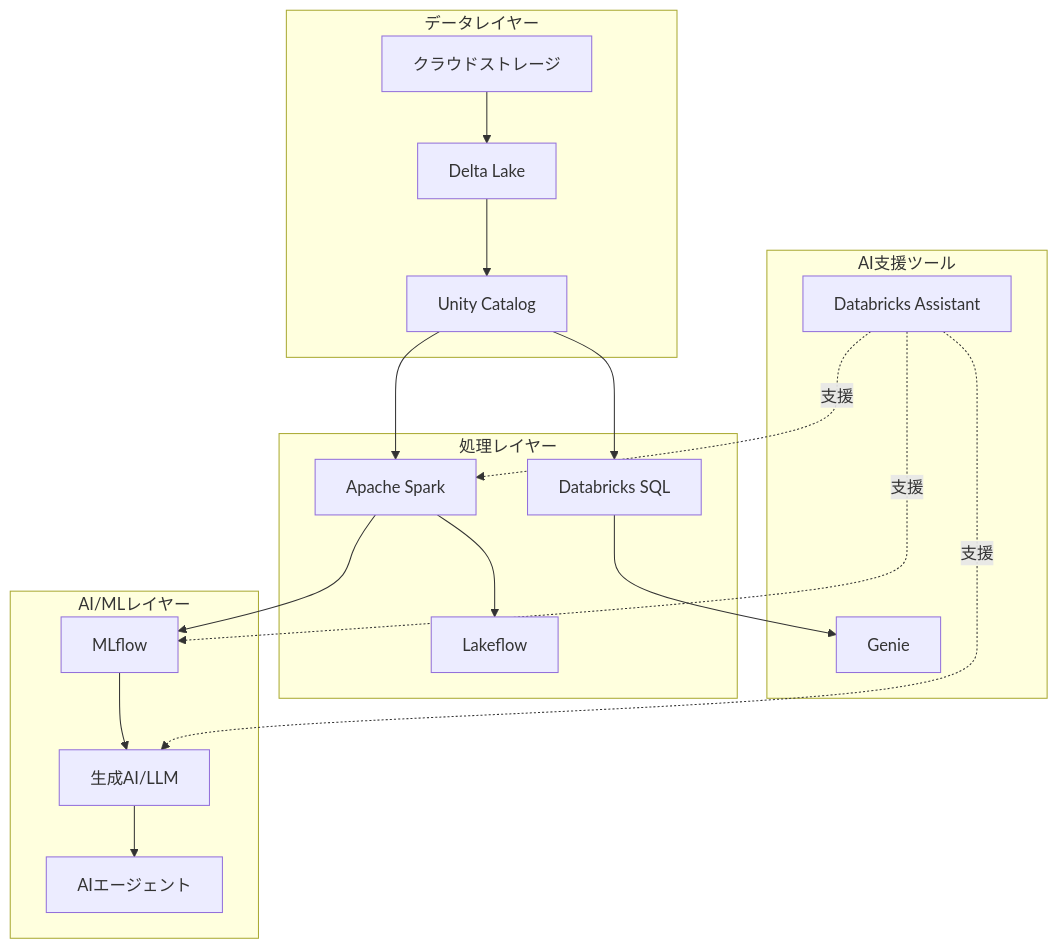
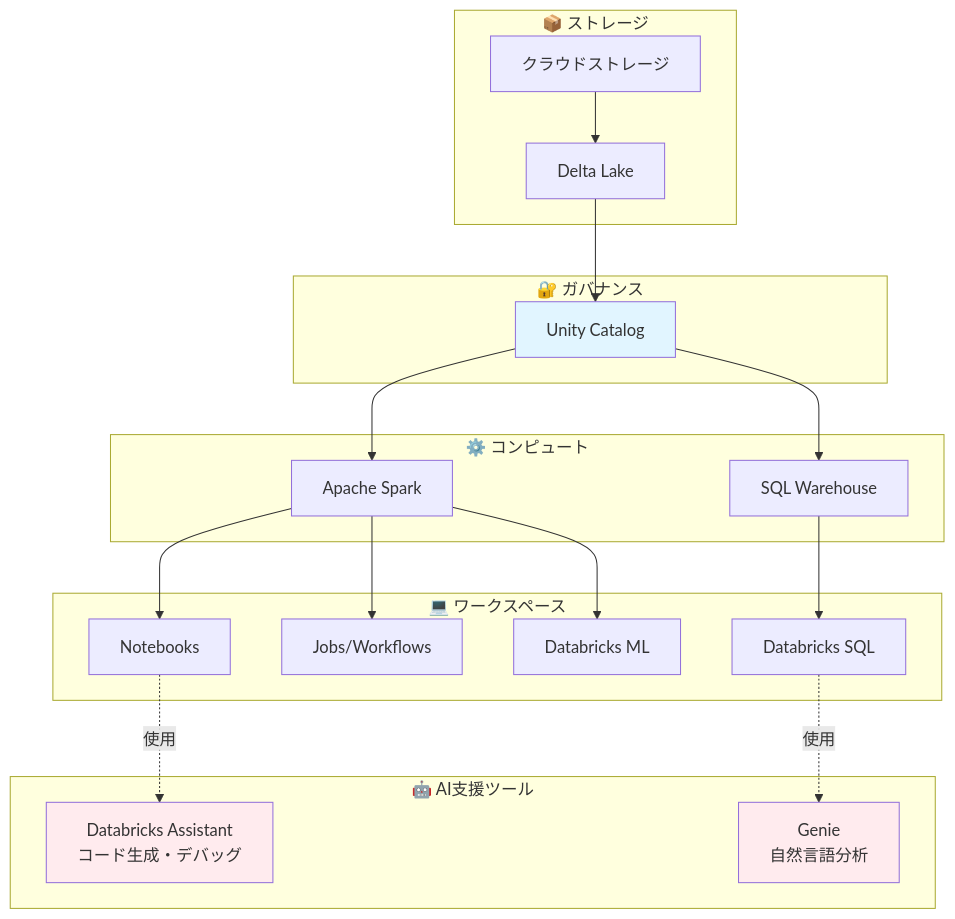
Before and after one commit to taka-yayoi/qiita-articles: the second of 14 diagrams in public/databricks-beginner-learning-path.md, drawn with Mermaid. The commit also changed other lines of this file, not shown here.

First line of the commit message:
Databricksアーキテクチャ図を修正し、Qiitaサムネイル表示を有効化

````diff
--- a/public/databricks-beginner-learning-path.md
+++ b/public/databricks-beginner-learning-path.md
@@ -56,39 +56,44 @@
 ```mermaid
 graph TB
-    subgraph "データレイヤー"
+    subgraph Storage["📦 ストレージ"]
         S3[クラウドストレージ]
-        DL[Delta Lake]
+        Delta[Delta Lake]
+    end
+
+    subgraph Governance["🔐 ガバナンス"]
         UC[Unity Catalog]
     end
 
-    subgraph "処理レイヤー"
+    subgraph Compute["⚙️ コンピュート"]
         Spark[Apache Spark]
-        SQL[Databricks SQL]
-        LF[Lakeflow]
+        SQLWh[SQL Warehouse]
     end
 
-    subgraph "AI/MLレイヤー"
-        MLflow[MLflow]
-        GenAI[生成AI/LLM]
-        Agent[AIエージェント]
+    subgraph Workspace["💻 ワークスペース"]
+        NB[Notebooks]
+        Jobs[Jobs/Workflows]
+        DBSQL[Databricks SQL]
+        ML[Databricks ML]
     end
 
-    subgraph "AI支援ツール"
-        Assistant[Databricks Assistant]
-        Genie[Genie]
+    subgraph Tools["🤖 AI支援ツール"]
+        Assistant[Databricks Assistant<br/>コード生成・デバッグ]
+        Genie[Genie<br/>自然言語分析]
     end
 
-    S3 --> DL
-    DL --> UC
+    S3 --> Delta
+    Delta --> UC
     UC --> Spark
-    UC --> SQL
-    Spark --> LF
-    Spark --> MLflow
-    SQL --> Genie
-    MLflow --> GenAI
-    GenAI --> Agent
+    UC --> SQLWh
+    Spark --> NB
+    Spark --> Jobs
+    Spark --> ML
+    SQLWh --> DBSQL
 
-    Assistant -.支援.-> Spark
-    Assistant -.支援.-> MLflow
-    Assistant -.支援.-> GenAI
+    NB -.使用.-> Assistant
+    DBSQL -.使用.-> Genie
+
+    style UC fill:#e1f5ff
+    style Assistant fill:#ffebee
+    style Genie fill:#ffebee
 ```
````
